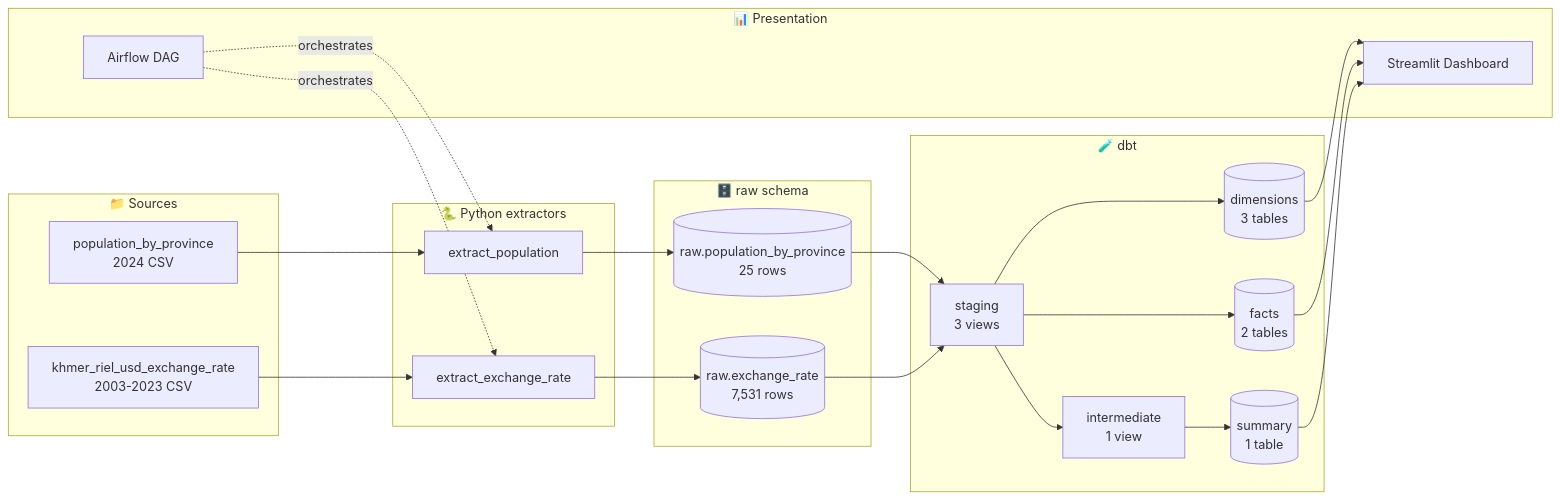
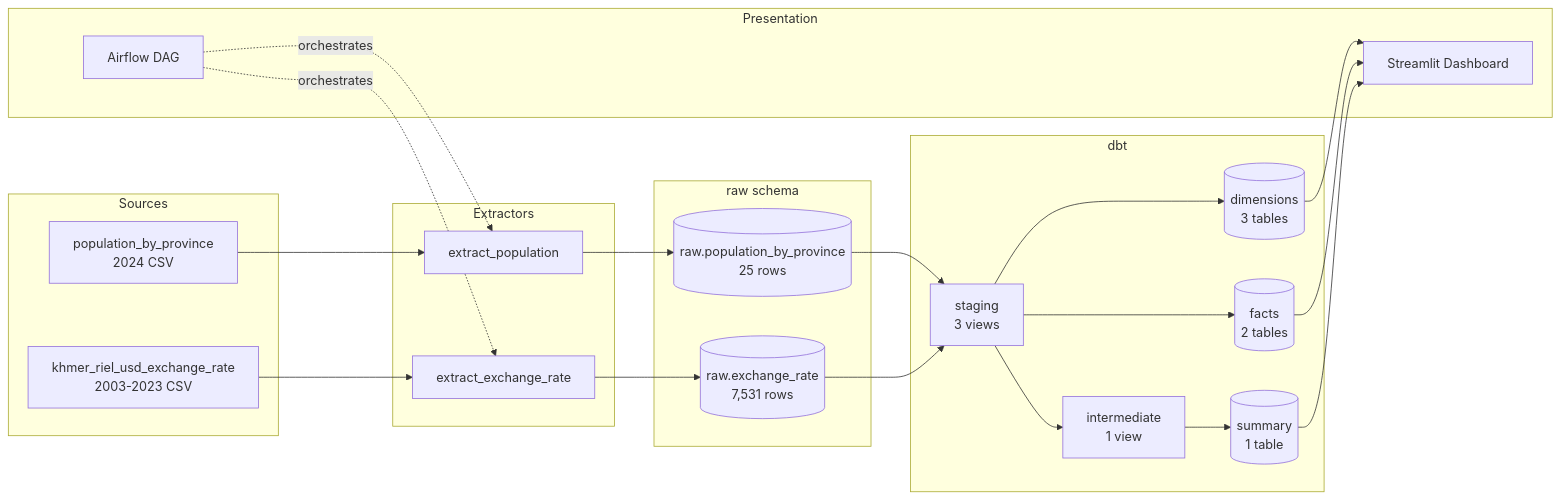
Before and after one commit to prakveasna2025-hash/cambodia-airflow-pipeline: the first of 3 diagrams in README.md, drawn with Mermaid. The commit also changed other lines of this file, not shown here.

````diff
--- a/README.md
+++ b/README.md
@@ -59,41 +56,41 @@
 ```mermaid
 flowchart LR
-    subgraph Sources["📁 Sources"]
+    subgraph Sources
         A1[population_by_province<br/>2024 CSV]
         A2[khmer_riel_usd_exchange_rate<br/>2003-2023 CSV]
     end
 
-    subgraph Extractors["🐍 Python extractors"]
+    subgraph Extractors
         E1[extract_population]
         E2[extract_exchange_rate]
     end
 
-    subgraph Raw["🗄️ raw schema"]
+    subgraph Raw[raw schema]
         R1[(raw.population_by_province<br/>25 rows)]
         R2[(raw.exchange_rate<br/>7,531 rows)]
     end
 
-    subgraph DBT["🧪 dbt"]
+    subgraph DBT[dbt]
         S1[staging<br/>3 views]
         I1[intermediate<br/>1 view]
         M1[(dimensions<br/>3 tables)]
         M2[(facts<br/>2 tables)]
         M3[(summary<br/>1 table)]
     end
 
-    subgraph Presentation["📊 Presentation"]
+    subgraph Presentation
         D1[Streamlit Dashboard]
         A3[Airflow DAG]
     end
 
     A1 --> E1 --> R1 --> S1
     A2 --> E2 --> R2 --> S1
     S1 --> I1 --> M3
     S1 --> M1
     S1 --> M2
     M1 --> D1
     M2 --> D1
     M3 --> D1
     A3 -.orchestrates.-> E1
     A3 -.orchestrates.-> E2
 ```
````
